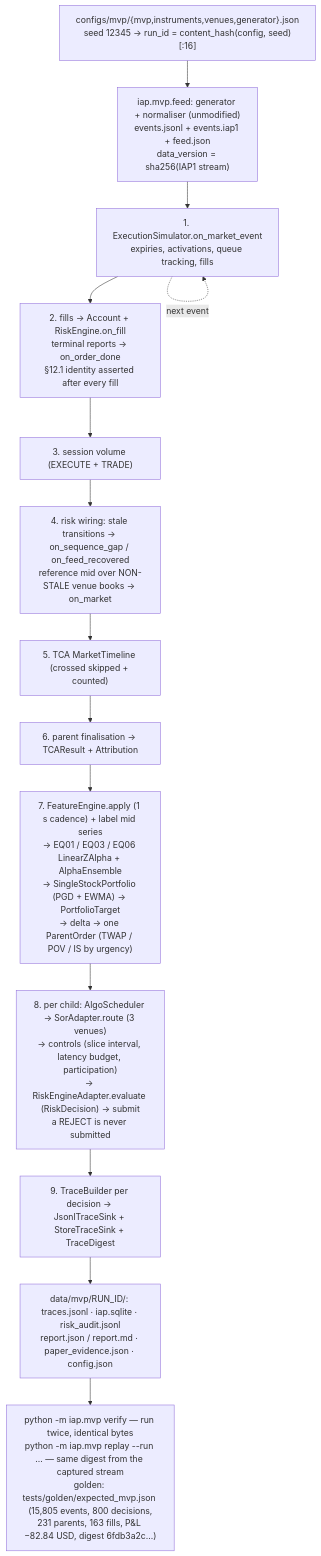
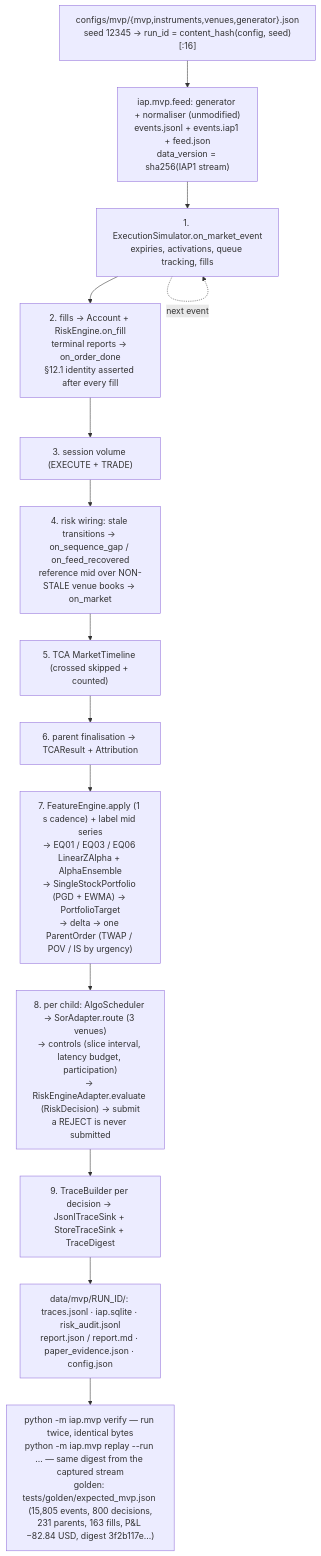
One commit to AshJha0/intraday-alpha-platform changed the diagram in docs/diagrams/mvp_loop.mmd. Above: the diagram before and after it, drawn with Mermaid. The commit also changed 106 other files, not shown here.

First line of the commit message:
release: apply the regenerated bundle (CI run 38461661753) and update the MVP golden digest in docs

```diff
--- a/docs/diagrams/mvp_loop.mmd
+++ b/docs/diagrams/mvp_loop.mmd
@@ -1,15 +1,15 @@
 flowchart TD
     %% python -m iap.mvp run — docs/MVP.md §3; per-event order of MvpEngine.on_event.
     CFG["configs/mvp/{mvp,instruments,venues,generator}.json<br/>seed 12345 → run_id = content_hash(config, seed)[:16]"] --> FEED["iap.mvp.feed: generator + normaliser (unmodified)<br/>events.jsonl + events.iap1 + feed.json<br/>data_version = sha256(IAP1 stream)"]
     FEED --> SIM["1. ExecutionSimulator.on_market_event<br/>expiries, activations, queue tracking, fills"]
     SIM --> ACC["2. fills → Account + RiskEngine.on_fill<br/>terminal reports → on_order_done<br/>§12.1 identity asserted after every fill"]
     ACC --> VOL["3. session volume (EXECUTE + TRADE)"]
     VOL --> MARK["4. risk wiring: stale transitions → on_sequence_gap / on_feed_recovered<br/>reference mid over NON-STALE venue books → on_market"]
     MARK --> TL["5. TCA MarketTimeline (crossed skipped + counted)"]
     TL --> FIN["6. parent finalisation → TCAResult + Attribution"]
     FIN --> FEAT["7. FeatureEngine.apply (1 s cadence) + label mid series<br/>→ EQ01 / EQ03 / EQ06 LinearZAlpha + AlphaEnsemble<br/>→ SingleStockPortfolio (PGD + EWMA) → PortfolioTarget<br/>→ delta → one ParentOrder (TWAP / POV / IS by urgency)"]
     FEAT --> CHILD["8. per child: AlgoScheduler → SorAdapter.route (3 venues)<br/>→ controls (slice interval, latency budget, participation)<br/>→ RiskEngineAdapter.evaluate (RiskDecision) → submit<br/>a REJECT is never submitted"]
     CHILD --> TRACE["9. TraceBuilder per decision → JsonlTraceSink + StoreTraceSink + TraceDigest"]
     TRACE --> OUT["data/mvp/RUN_ID/: traces.jsonl · iap.sqlite · risk_audit.jsonl<br/>report.json / report.md · paper_evidence.json · config.json"]
-    OUT --> VERIFY["python -m iap.mvp verify — run twice, identical bytes<br/>python -m iap.mvp replay --run … — same digest from the captured stream<br/>golden: tests/golden/expected_mvp.json (15,805 events, 800 decisions,<br/>231 parents, 163 fills, P&L −82.84 USD, digest 6fdb3a2c…)"]
+    OUT --> VERIFY["python -m iap.mvp verify — run twice, identical bytes<br/>python -m iap.mvp replay --run … — same digest from the captured stream<br/>golden: tests/golden/expected_mvp.json (15,805 events, 800 decisions,<br/>231 parents, 163 fills, P&L −82.84 USD, digest 3f2b117e…)"]
     SIM -. "next event" .-> SIM
```
